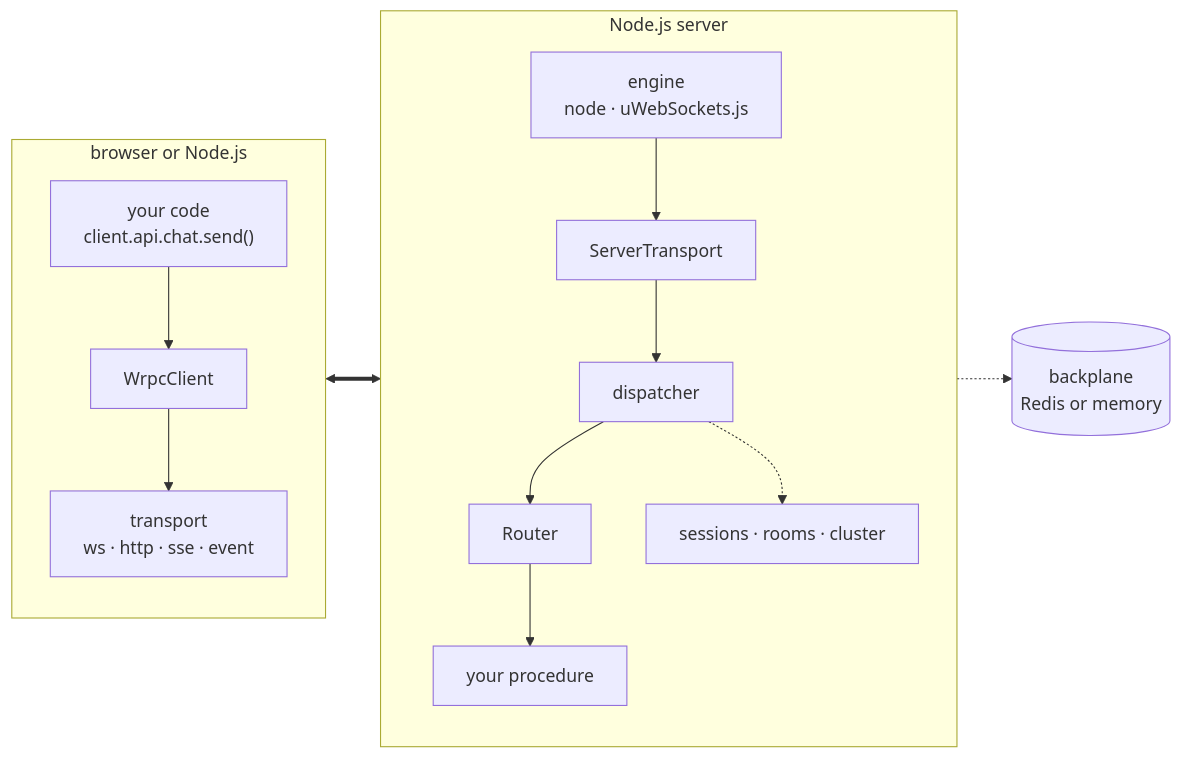
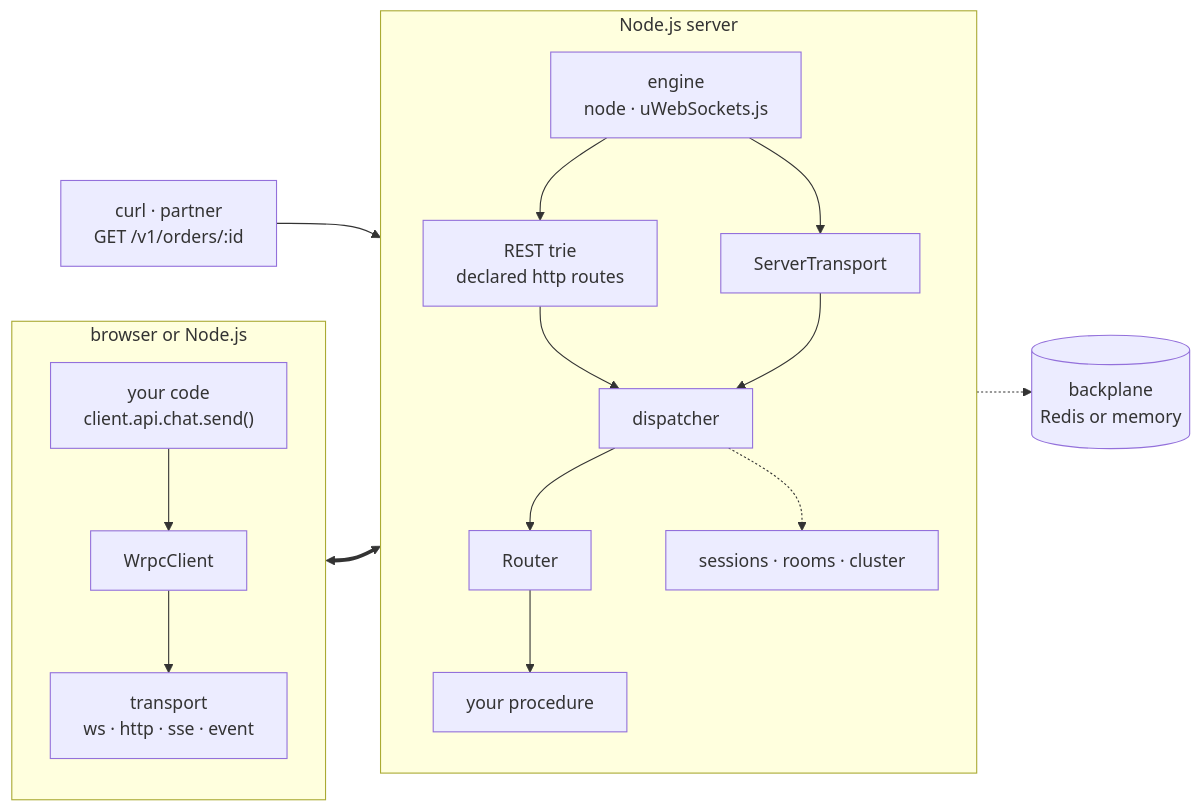
The diagram in docs/guide/getting-started.md (Alexis-Technologies/wrpc), drawn with Mermaid before and after one commit. The commit also changed other lines of this file and 84 other files, not shown here.

````diff
--- a/docs/guide/getting-started.md
+++ b/docs/guide/getting-started.md
@@ -14,21 +14,24 @@
 ```mermaid
 flowchart LR
   subgraph C["browser or Node.js"]
     direction TB
     app["your code<br>client.api.chat.send()"] --> cl["WrpcClient"]
     cl --> ctr["transport<br>ws · http · sse · event"]
   end
 
   ctr <==> eng
+  curl["curl · partner<br>GET /v1/orders/:id"] --> eng
 
   subgraph S["Node.js server"]
     direction TB
     eng["engine<br>node · uWebSockets.js"] --> tr["ServerTransport"]
+    eng --> rest["REST trie<br>declared http routes"]
+    rest --> disp
     tr --> disp["dispatcher"]
     disp --> rt["Router"]
     rt --> h["your procedure"]
     disp -.-> st["sessions · rooms · cluster"]
   end
 
   st -.-> bp[("backplane<br>Redis or memory")]
 ```
````
